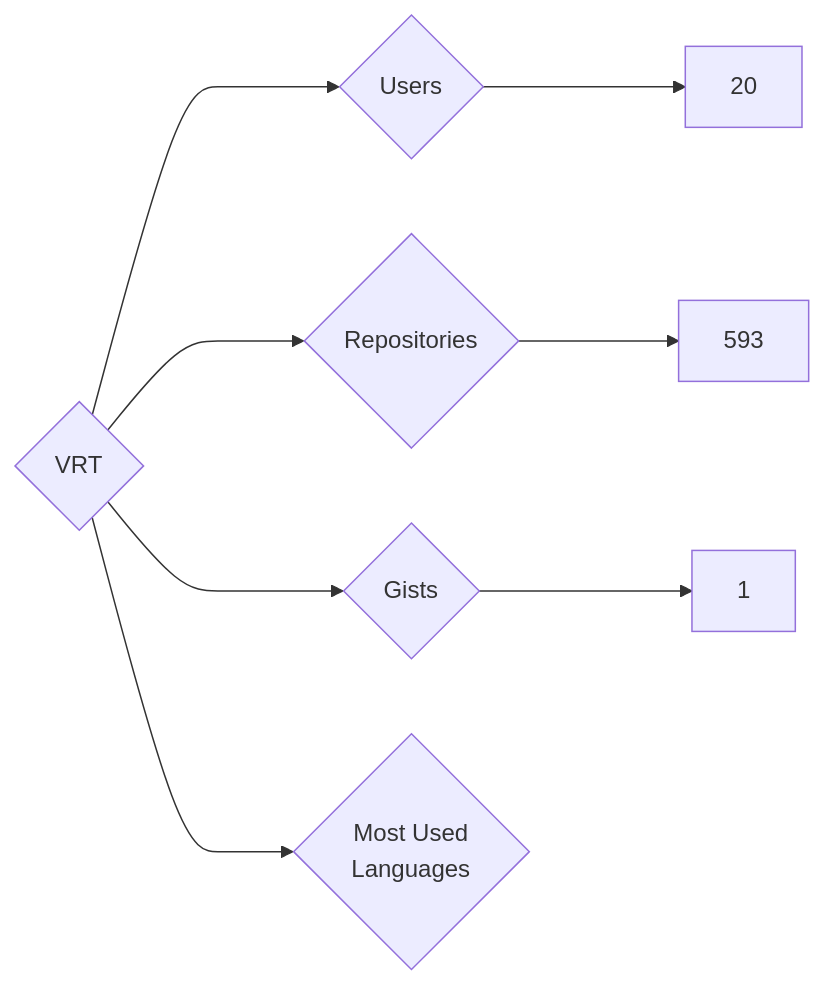
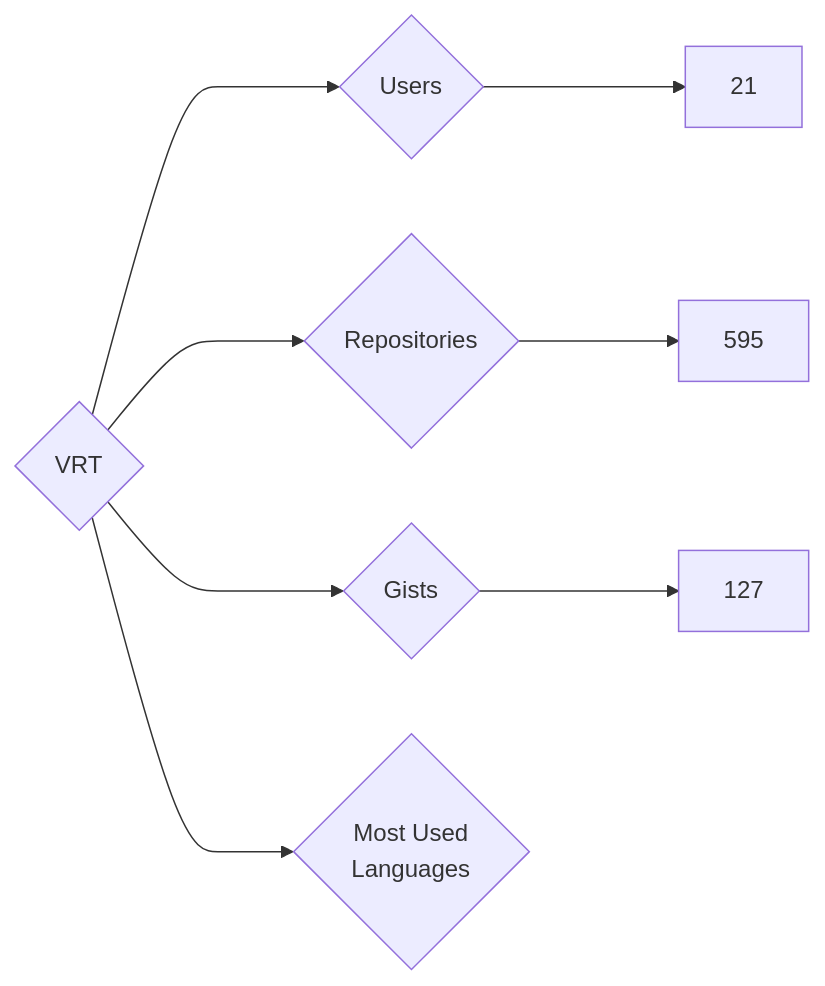
The diagram in targets/VRT/README.md (nenadzaric/insiders), drawn with Mermaid before and after one commit. The commit also changed 1342 other files, not shown here.

````diff
--- a/targets/VRT/README.md
+++ b/targets/VRT/README.md
@@ -3,8 +3,8 @@
 ```mermaid
 graph LR
 COMPANY_NAME{VRT}
-COMPANY_NAME ---> U{Users} ---> UN[20]
-COMPANY_NAME ---> R{Repositories} ---> RN[593]
-COMPANY_NAME ---> G{Gists} ---> GN[1]
+COMPANY_NAME ---> U{Users} ---> UN[21]
+COMPANY_NAME ---> R{Repositories} ---> RN[595]
+COMPANY_NAME ---> G{Gists} ---> GN[127]
 COMPANY_NAME ---> ML{Most Used<br>Languages}
 ```
````
